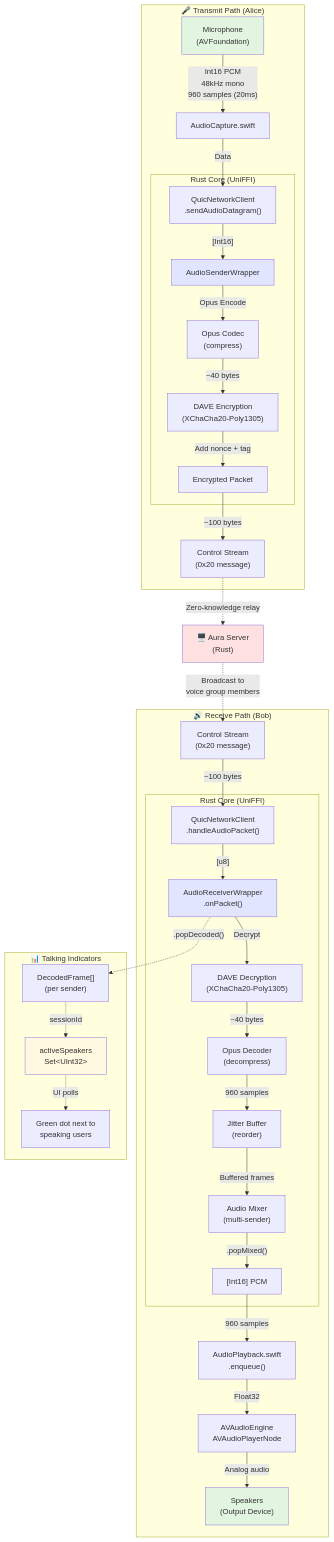
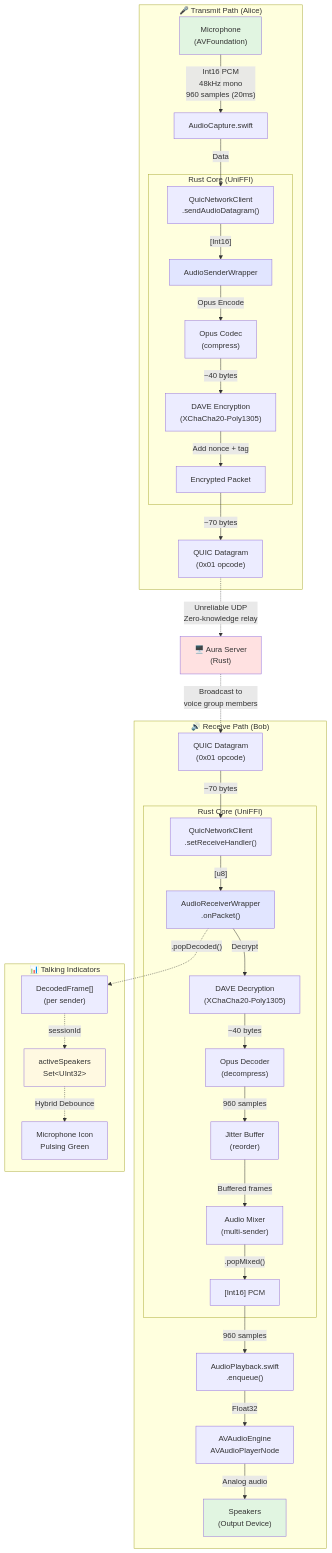
The diagram in docs/diagrams/04_audio_pipeline.md (klobucar/aura), drawn with Mermaid before and after one commit. The commit also changed other lines of this file and 7 other files, not shown here.

First line of the commit message:
feat(audio): implement end-to-end encrypted audio pipeline with QUIC datagrams

````diff
--- a/docs/diagrams/04_audio_pipeline.md
+++ b/docs/diagrams/04_audio_pipeline.md
@@ -5,50 +5,50 @@
 ```mermaid
 flowchart TB
     subgraph Transmit ["🎤 Transmit Path (Alice)"]
         Mic["Microphone<br/>(AVFoundation)"] -->|"Int16 PCM<br/>48kHz mono<br/>960 samples (20ms)"| AC["AudioCapture.swift"]
         AC -->|"Data"| QNC1["QuicNetworkClient<br/>.sendAudioDatagram()"]
         
         subgraph RustTx ["Rust Core (UniFFI)"]
             QNC1 -->|"[Int16]"| ASW["AudioSenderWrapper"]
             ASW -->|"Opus Encode"| OPUS1["Opus Codec<br/>(compress)"]
             OPUS1 -->|"~40 bytes"| DAVE1["DAVE Encryption<br/>(XChaCha20-Poly1305)"]
             DAVE1 -->|"Add nonce + tag"| PKT1["Encrypted Packet"]
         end
         
-        PKT1 -->|"~100 bytes"| NET1["Control Stream<br/>(0x20 message)"]
+        PKT1 -->|"~70 bytes"| NET1["QUIC Datagram<br/>(0x01 opcode)"]
     end
     
-    NET1 -.->|"Zero-knowledge relay"| SERVER["🖥️ Aura Server<br/>(Rust)"]
+    NET1 -.->|"Unreliable UDP<br/>Zero-knowledge relay"| SERVER["🖥️ Aura Server<br/>(Rust)"]
     
-    SERVER -.->|"Broadcast to<br/>voice group members"| NET2["Control Stream<br/>(0x20 message)"]
+    SERVER -.->|"Broadcast to<br/>voice group members"| NET2["QUIC Datagram<br/>(0x01 opcode)"]
     
     subgraph Receive ["🔊 Receive Path (Bob)"]
-        NET2 -->|"~100 bytes"| QNC2["QuicNetworkClient<br/>.handleAudioPacket()"]
+        NET2 -->|"~70 bytes"| QNC2["QuicNetworkClient<br/>.setReceiveHandler()"]
         
         subgraph RustRx ["Rust Core (UniFFI)"]
             QNC2 -->|"[u8]"| ARW["AudioReceiverWrapper<br/>.onPacket()"]
             ARW -->|"Decrypt"| DAVE2["DAVE Decryption<br/>(XChaCha20-Poly1305)"]
             DAVE2 -->|"~40 bytes"| OPUS2["Opus Decoder<br/>(decompress)"]
             OPUS2 -->|"960 samples"| JB["Jitter Buffer<br/>(reorder)"]
             JB -->|"Buffered frames"| MIX["Audio Mixer<br/>(multi-sender)"]
             MIX -->|".popMixed()"| MIXED["[Int16] PCM"]
         end
         
         MIXED -->|"960 samples"| AP["AudioPlayback.swift<br/>.enqueue()"]
         AP -->|"Float32"| AVE["AVAudioEngine<br/>AVAudioPlayerNode"]
         AVE -->|"Analog audio"| SPK["Speakers<br/>(Output Device)"]
     end
     
     subgraph Indicators ["📊 Talking Indicators"]
         ARW -.->|".popDecoded()"| DEC["DecodedFrame[]<br/>(per sender)"]
         DEC -.->|"sessionId"| AS["activeSpeakers<br/>Set&lt;UInt32&gt;"]
-        AS -.->|"UI polls"| UI["Green dot next to<br/>speaking users"]
+        AS -.->|"Hybrid Debounce"| UI["Microphone Icon<br/>Pulsing Green"]
     end
 
     style Mic fill:#e1f5e1
     style SPK fill:#e1f5e1
     style SERVER fill:#ffe1e1
     style ASW fill:#e1e5ff
     style ARW fill:#e1e5ff
     style AS fill:#fff9e1
 ```
````
